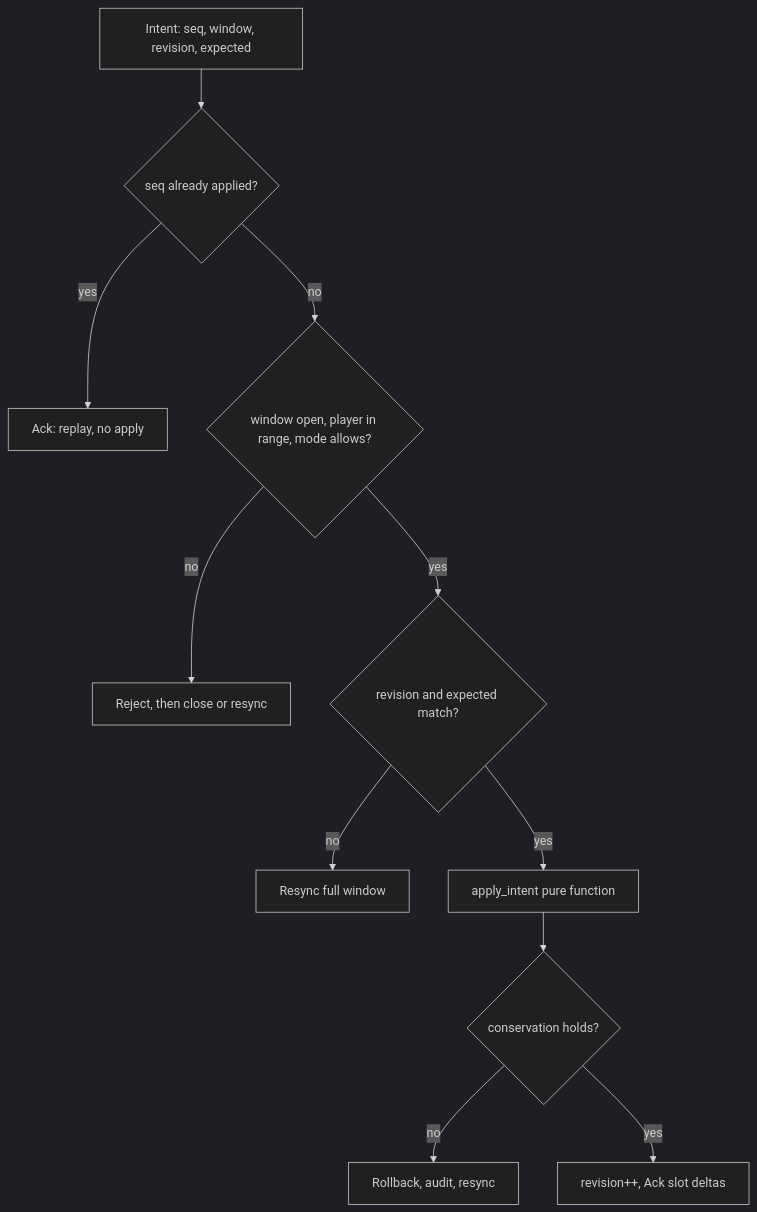
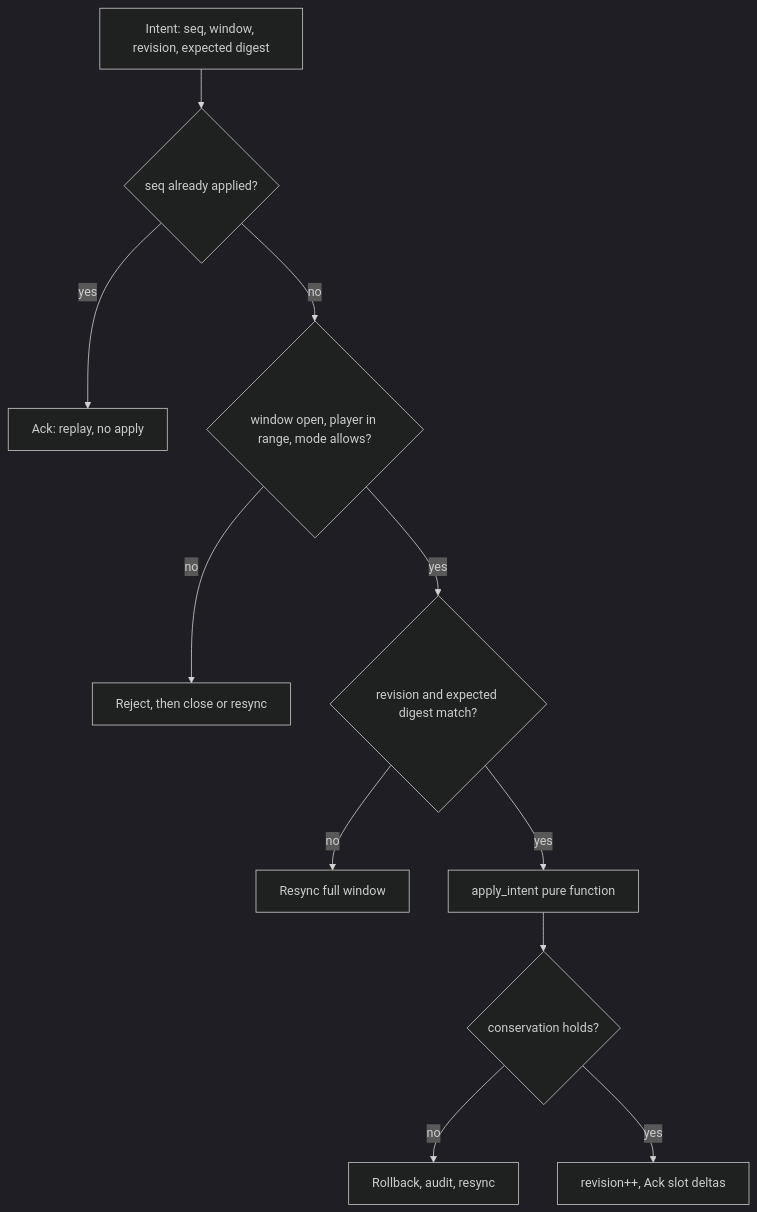
The diagram in docs/spec/11-inventory-crafting-items.md (martintondel02/openblock), drawn with Mermaid (dark theme) before and after one commit. The commit also changed other lines of this file and 57 other files, not shown here.

````diff
--- a/docs/spec/11-inventory-crafting-items.md
+++ b/docs/spec/11-inventory-crafting-items.md
@@ -178,13 +178,13 @@
 ```mermaid
 flowchart TD
-  A[Intent: seq, window, revision, expected] --> B{seq already applied?}
+  A[Intent: seq, window, revision, expected digest] --> B{seq already applied?}
   B -- yes --> C[Ack: replay, no apply]
   B -- no --> D{window open, player in range, mode allows?}
   D -- no --> E[Reject, then close or resync]
-  D -- yes --> F{revision and expected match?}
+  D -- yes --> F{revision and expected digest match?}
   F -- no --> G[Resync full window]
   F -- yes --> H[apply_intent pure function]
   H --> I{conservation holds?}
   I -- no --> J[Rollback, audit, resync]
   I -- yes --> K[revision++, Ack slot deltas]
 ```
````
